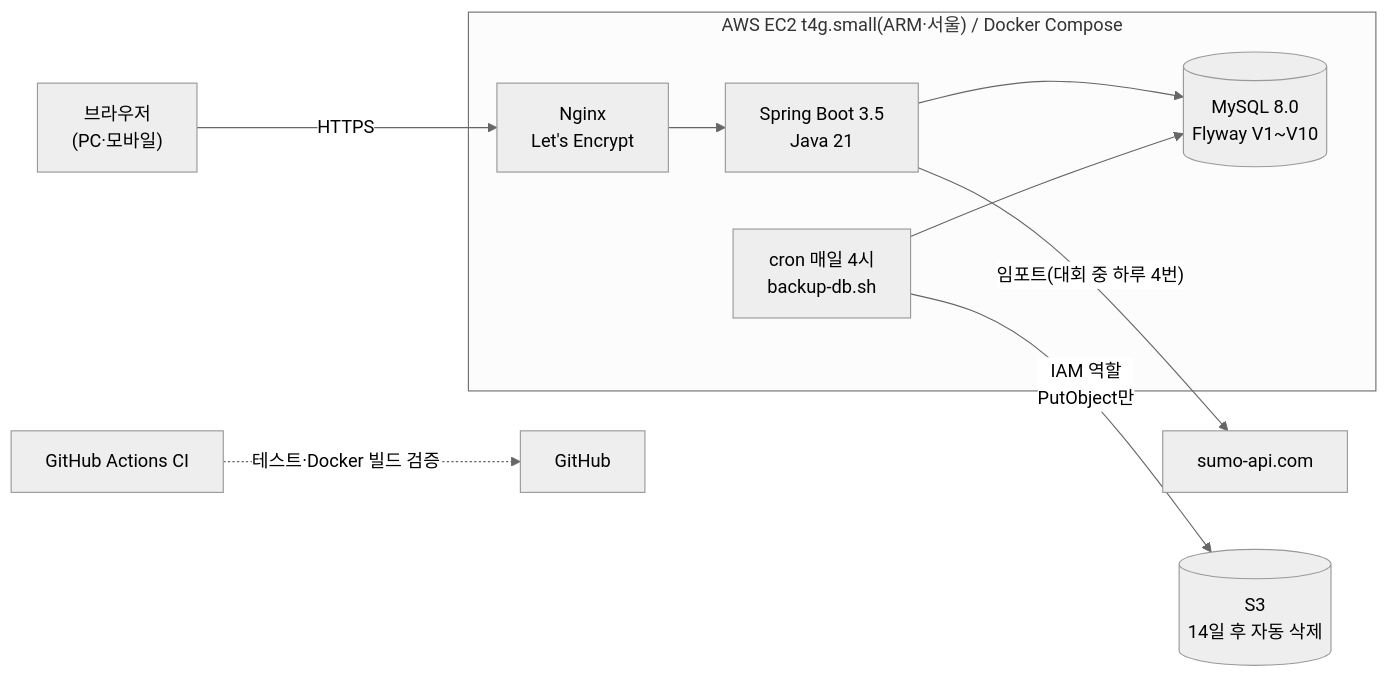
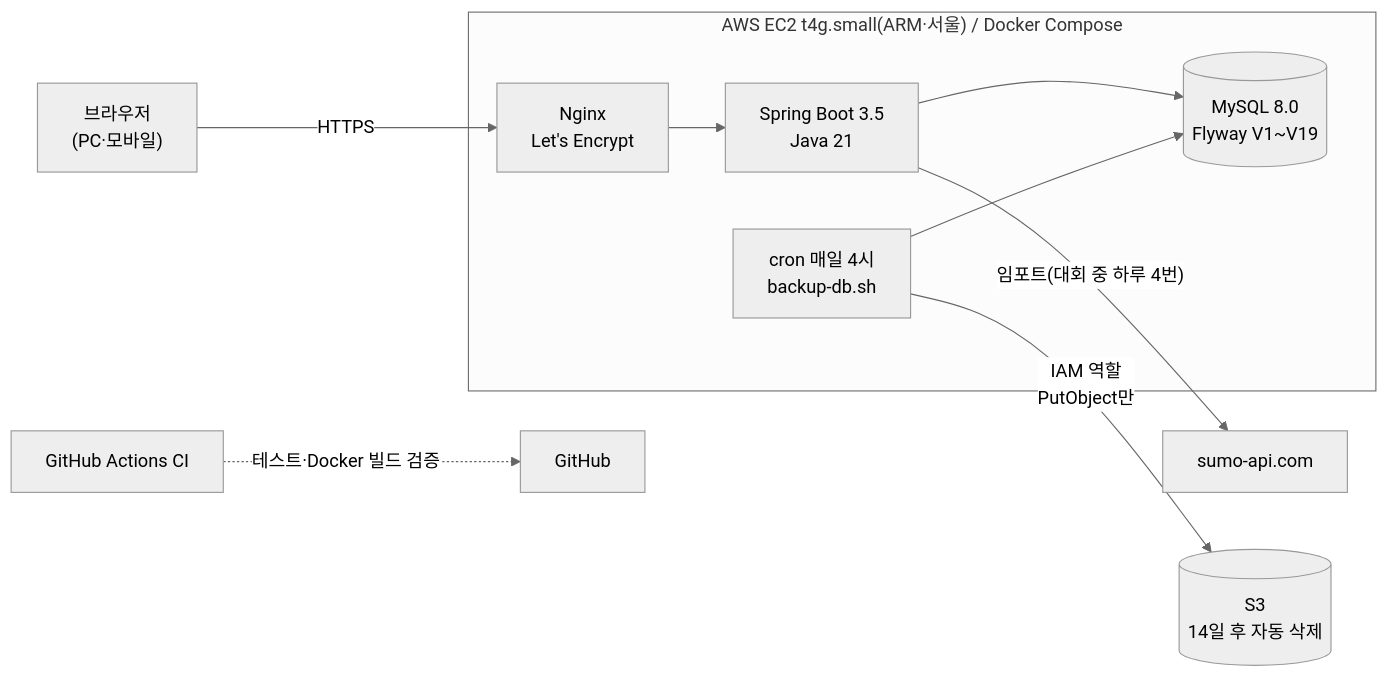
One commit to genuinekumquat/sumoarchive changed the diagram in README.md. Above: the diagram before and after it, drawn with Mermaid (neutral theme). The commit also changed other lines of this file and 1 other file, not shown here.

Commit message:
docs: README 테스트 수 125 → 151, 아키텍처 그림 Flyway V1~V19

````diff
--- a/README.md
+++ b/README.md
@@ -74,12 +74,12 @@
 ```mermaid
 flowchart LR
     U["브라우저<br/>(PC·모바일)"] -- "HTTPS" --> N
     subgraph EC2["AWS EC2 t4g.small(ARM·서울) / Docker Compose"]
         N["Nginx<br/>Let's Encrypt"] --> A["Spring Boot 3.5<br/>Java 21"]
-        A --> D[("MySQL 8.0<br/>Flyway V1~V10")]
+        A --> D[("MySQL 8.0<br/>Flyway V1~V19")]
         B["cron 매일 4시<br/>backup-db.sh"] --> D
     end
     A -- "임포트(대회 중 하루 4번)" --> S["sumo-api.com"]
     B -- "IAM 역할<br/>PutObject만" --> S3[("S3<br/>14일 후 자동 삭제")]
     G["GitHub Actions CI"] -. "테스트·Docker 빌드 검증" .-> R["GitHub"]
 ```
````
